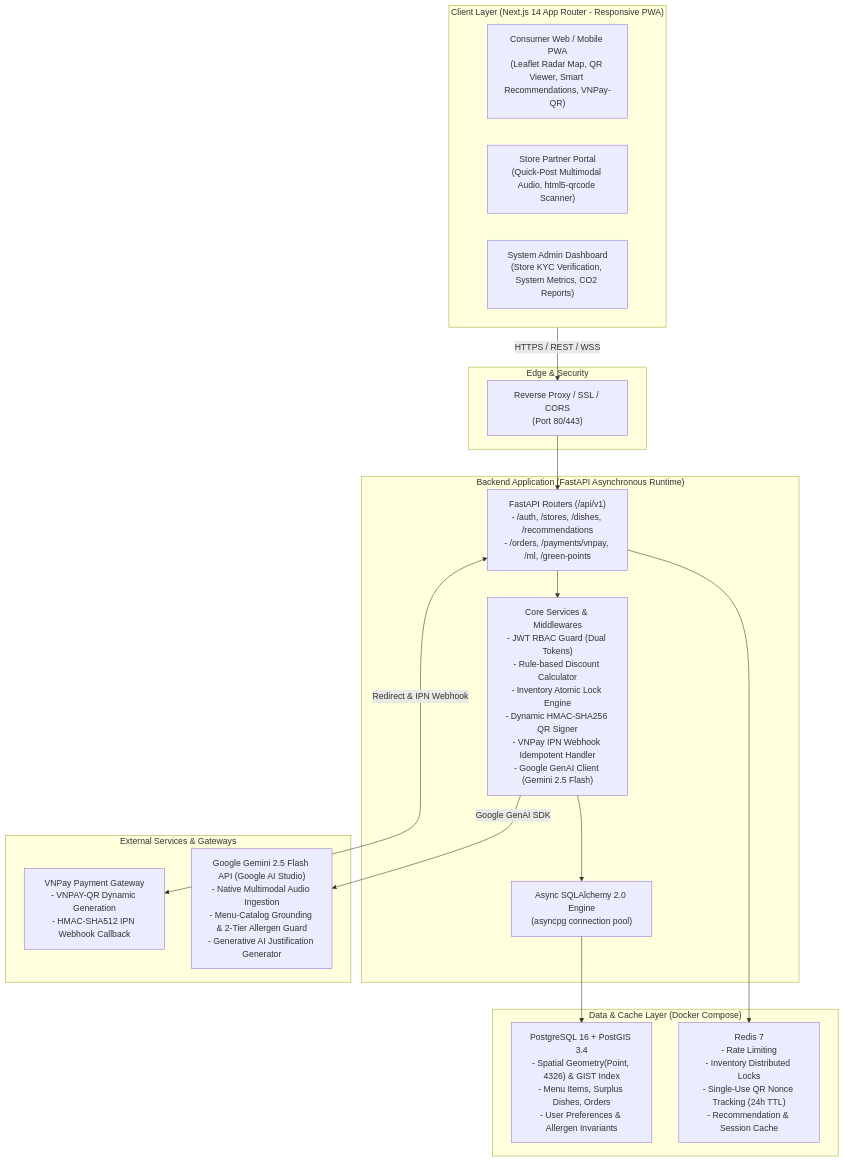
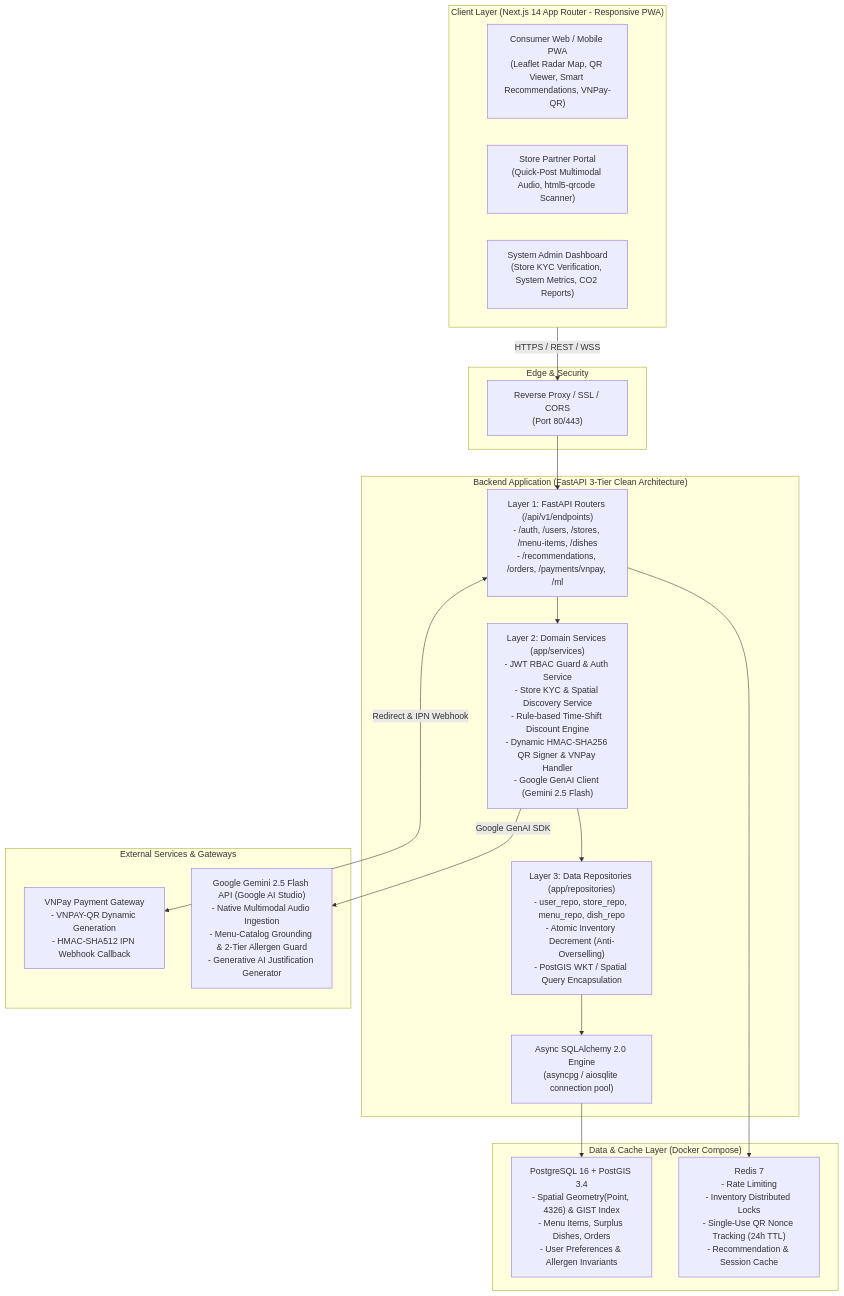
One commit to pqhuy1807/EcoBite changed the first of 5 diagrams in docs/02_System_Architecture.md. Above: the diagram before and after it, drawn with Mermaid. The commit also changed other lines of this file and 20 other files, not shown here.

Commit message:
refactor(backend): restructure into 3-tier repo-service-router architecture with async db and tests

````diff
--- a/docs/02_System_Architecture.md
+++ b/docs/02_System_Architecture.md
@@ -19,37 +19,39 @@
 ```mermaid
 flowchart TD
     subgraph ClientLayer ["Client Layer (Next.js 14 App Router - Responsive PWA)"]
         ConsumerApp["Consumer Web / Mobile PWA\n(Leaflet Radar Map, QR Viewer, Smart Recommendations, VNPay-QR)"]
         PartnerPortal["Store Partner Portal\n(Quick-Post Multimodal Audio, html5-qrcode Scanner)"]
         AdminDashboard["System Admin Dashboard\n(Store KYC Verification, System Metrics, CO2 Reports)"]
     end
 
     subgraph Gateway ["Edge & Security"]
         NginxGateway["Reverse Proxy / SSL / CORS\n(Port 80/443)"]
     end
 
-    subgraph BackendLayer ["Backend Application (FastAPI Asynchronous Runtime)"]
-        APIEndpoints["FastAPI Routers (/api/v1)\n- /auth, /stores, /dishes, /recommendations\n- /orders, /payments/vnpay, /ml, /green-points"]
-        CoreMiddleware["Core Services & Middlewares\n- JWT RBAC Guard (Dual Tokens)\n- Rule-based Discount Calculator\n- Inventory Atomic Lock Engine\n- Dynamic HMAC-SHA256 QR Signer\n- VNPay IPN Webhook Idempotent Handler\n- Google GenAI Client (Gemini 2.5 Flash)"]
-        DBSession["Async SQLAlchemy 2.0 Engine\n(asyncpg connection pool)"]
+    subgraph BackendLayer ["Backend Application (FastAPI 3-Tier Clean Architecture)"]
+        APIEndpoints["Layer 1: FastAPI Routers (/api/v1/endpoints)\n- /auth, /users, /stores, /menu-items, /dishes\n- /recommendations, /orders, /payments/vnpay, /ml"]
+        CoreMiddleware["Layer 2: Domain Services (app/services)\n- JWT RBAC Guard & Auth Service\n- Store KYC & Spatial Discovery Service\n- Rule-based Time-Shift Discount Engine\n- Dynamic HMAC-SHA256 QR Signer & VNPay Handler\n- Google GenAI Client (Gemini 2.5 Flash)"]
+        DataRepos["Layer 3: Data Repositories (app/repositories)\n- user_repo, store_repo, menu_repo, dish_repo\n- Atomic Inventory Decrement (Anti-Overselling)\n- PostGIS WKT / Spatial Query Encapsulation"]
+        DBSession["Async SQLAlchemy 2.0 Engine\n(asyncpg / aiosqlite connection pool)"]
     end
 
     subgraph DataLayer ["Data & Cache Layer (Docker Compose)"]
         PostgreSQL["PostgreSQL 16 + PostGIS 3.4\n- Spatial Geometry(Point, 4326) & GIST Index\n- Menu Items, Surplus Dishes, Orders\n- User Preferences & Allergen Invariants"]
         RedisStore["Redis 7\n- Rate Limiting\n- Inventory Distributed Locks\n- Single-Use QR Nonce Tracking (24h TTL)\n- Recommendation & Session Cache"]
     end
 
     subgraph ExternalServices ["External Services & Gateways"]
         VNPayGateway["VNPay Payment Gateway\n- VNPAY-QR Dynamic Generation\n- HMAC-SHA512 IPN Webhook Callback"]
         GeminiNLP["Google Gemini 2.5 Flash API (Google AI Studio)\n- Native Multimodal Audio Ingestion\n- Menu-Catalog Grounding & 2-Tier Allergen Guard\n- Generative AI Justification Generator"]
     end
 
     ClientLayer -->|HTTPS / REST / WSS| NginxGateway
     NginxGateway --> APIEndpoints
     APIEndpoints --> CoreMiddleware
-    CoreMiddleware --> DBSession
+    CoreMiddleware --> DataRepos
+    DataRepos --> DBSession
     DBSession --> PostgreSQL
     APIEndpoints --> RedisStore
     CoreMiddleware -->|Google GenAI SDK| GeminiNLP
     APIEndpoints <-->|Redirect & IPN Webhook| VNPayGateway
 ```
````
